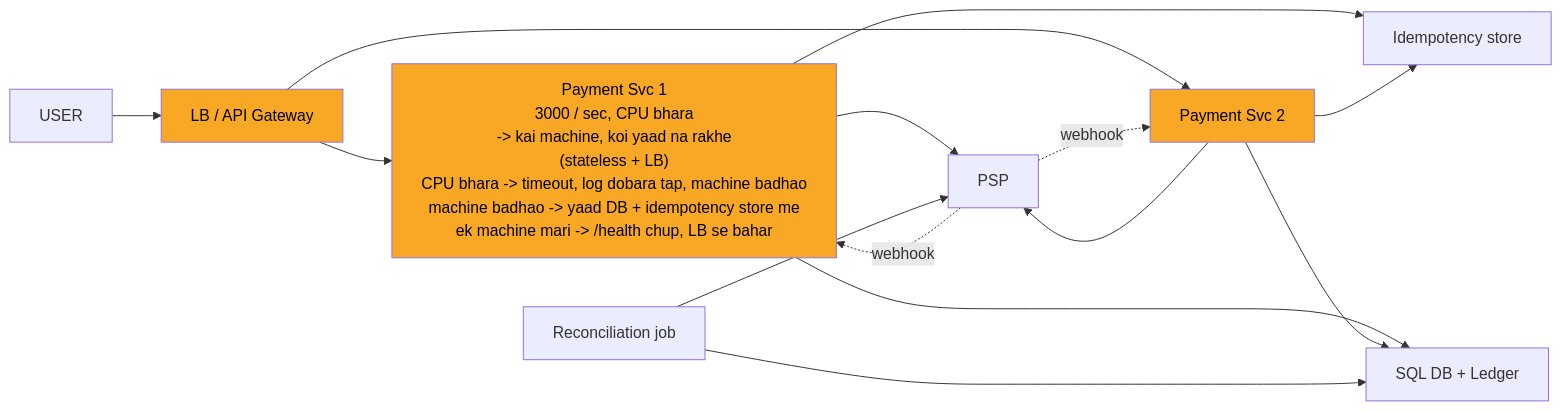
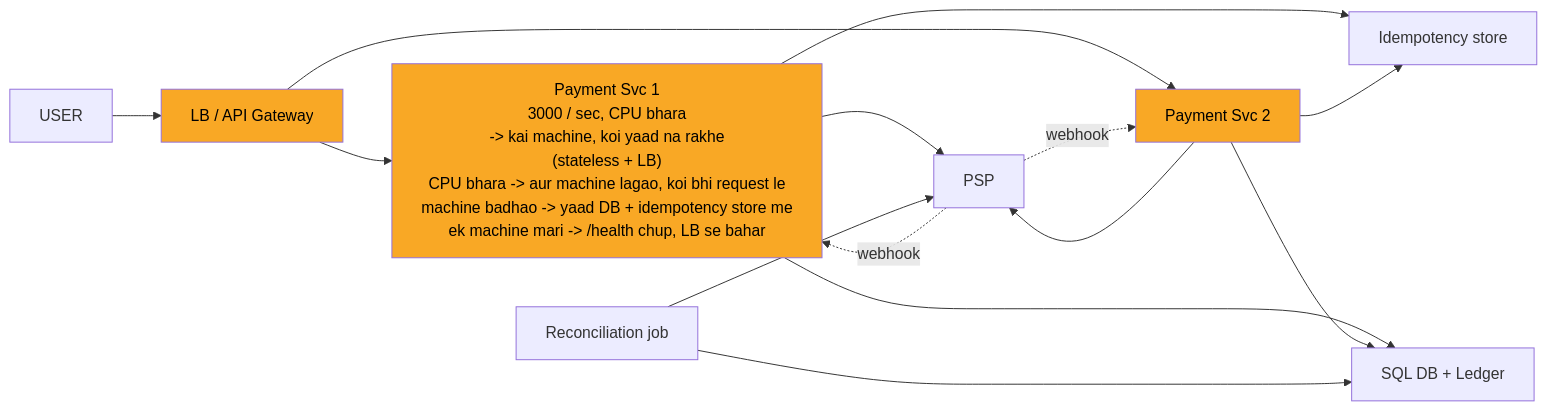
The ninth of 12 diagrams in 04_HLD/SYSTEM_DESIGNS/06_payment_system/06_payment_system.md (ArpanMaheshwari144/Prep), drawn with Mermaid before and after one commit. The commit also changed other lines of this file and 13 other files, not shown here.

````diff
--- a/04_HLD/SYSTEM_DESIGNS/06_payment_system/06_payment_system.md
+++ b/04_HLD/SYSTEM_DESIGNS/06_payment_system/06_payment_system.md
@@ -389,28 +389,28 @@
 ```mermaid
 %%{init: {"flowchart": {"wrappingWidth": 450}}}%%
 flowchart LR
     n_USER["USER"]
     n_LB_API_Gateway["LB / API Gateway"]
-    n_Payment_Svc_x_N_1["Payment Svc 1<br/>3000 / sec, CPU bhara<br/>-> kai machine, koi yaad na rakhe<br/>(stateless + LB)<br/>CPU bhara -> timeout, log dobara tap, machine badhao<br/>machine badhao -> yaad DB + idempotency store me<br/>ek machine mari -> /health chup, LB se bahar"]
+    n_Payment_Svc_x_N_1["Payment Svc 1<br/>3000 / sec, CPU bhara<br/>-> kai machine, koi yaad na rakhe<br/>(stateless + LB)<br/>CPU bhara -> aur machine lagao, koi bhi request le<br/>machine badhao -> yaad DB + idempotency store me<br/>ek machine mari -> /health chup, LB se bahar"]
     n_Payment_Svc_x_N_2["Payment Svc 2"]
     n_Idempotency_store["Idempotency store"]
     n_PSP["PSP"]
     n_DB["SQL DB + Ledger"]
     n_Reconciliation_job["Reconciliation job"]
     n_USER --> n_LB_API_Gateway
     n_LB_API_Gateway --> n_Payment_Svc_x_N_1
     n_LB_API_Gateway --> n_Payment_Svc_x_N_2
     n_Payment_Svc_x_N_1 --> n_Idempotency_store
     n_Payment_Svc_x_N_2 --> n_Idempotency_store
     n_Payment_Svc_x_N_1 --> n_PSP
     n_Payment_Svc_x_N_2 --> n_PSP
     n_Payment_Svc_x_N_1 --> n_DB
     n_Payment_Svc_x_N_2 --> n_DB
     n_Reconciliation_job --> n_DB
     n_Reconciliation_job --> n_PSP
     n_PSP -.->|webhook| n_Payment_Svc_x_N_1
     n_PSP -.->|webhook| n_Payment_Svc_x_N_2
     style n_LB_API_Gateway fill:#f9a825,color:#000
     style n_Payment_Svc_x_N_1 fill:#f9a825,color:#000
     style n_Payment_Svc_x_N_2 fill:#f9a825,color:#000
 ```
````
